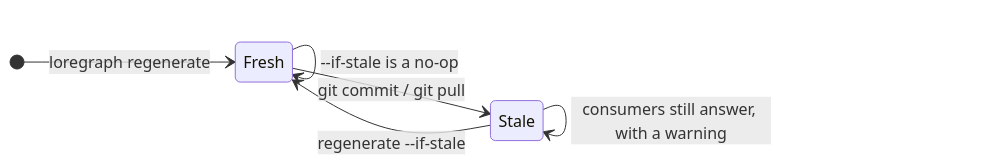
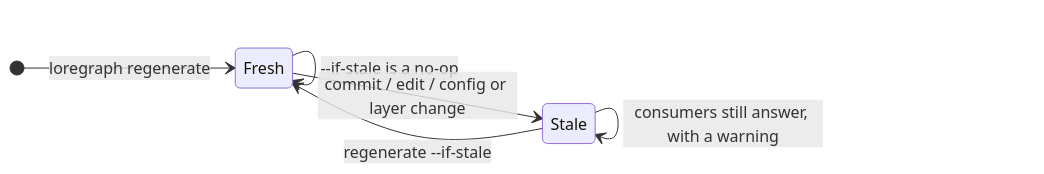
Before and after one commit to zvitaly7/codegraph: the fourth of 4 diagrams in README.md, drawn with Mermaid. The commit also changed other lines of this file and 35 other files, not shown here.

First line of the commit message:
feat: improve graph accuracy and cache safety

````diff
--- a/README.md
+++ b/README.md
@@ -765,9 +774,9 @@
 ```mermaid
 stateDiagram-v2
     direction LR
     [*] --> Fresh: loregraph regenerate
     Fresh --> Fresh: --if-stale is a no-op
-    Fresh --> Stale: git commit / git pull
+    Fresh --> Stale: commit / edit / config or layer change
     Stale --> Fresh: regenerate --if-stale
     Stale --> Stale: consumers still answer, with a warning
 ```
````
